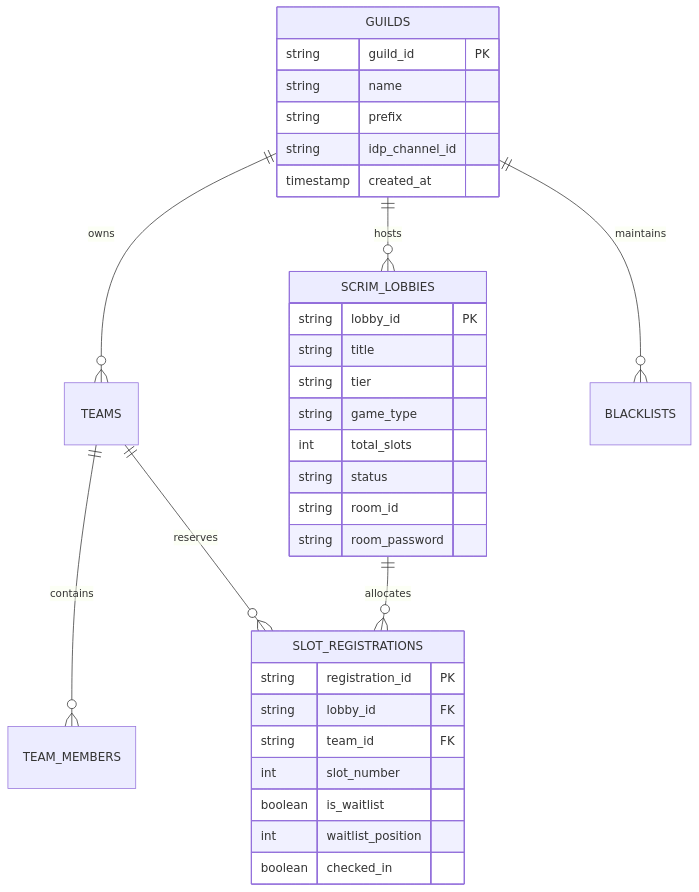
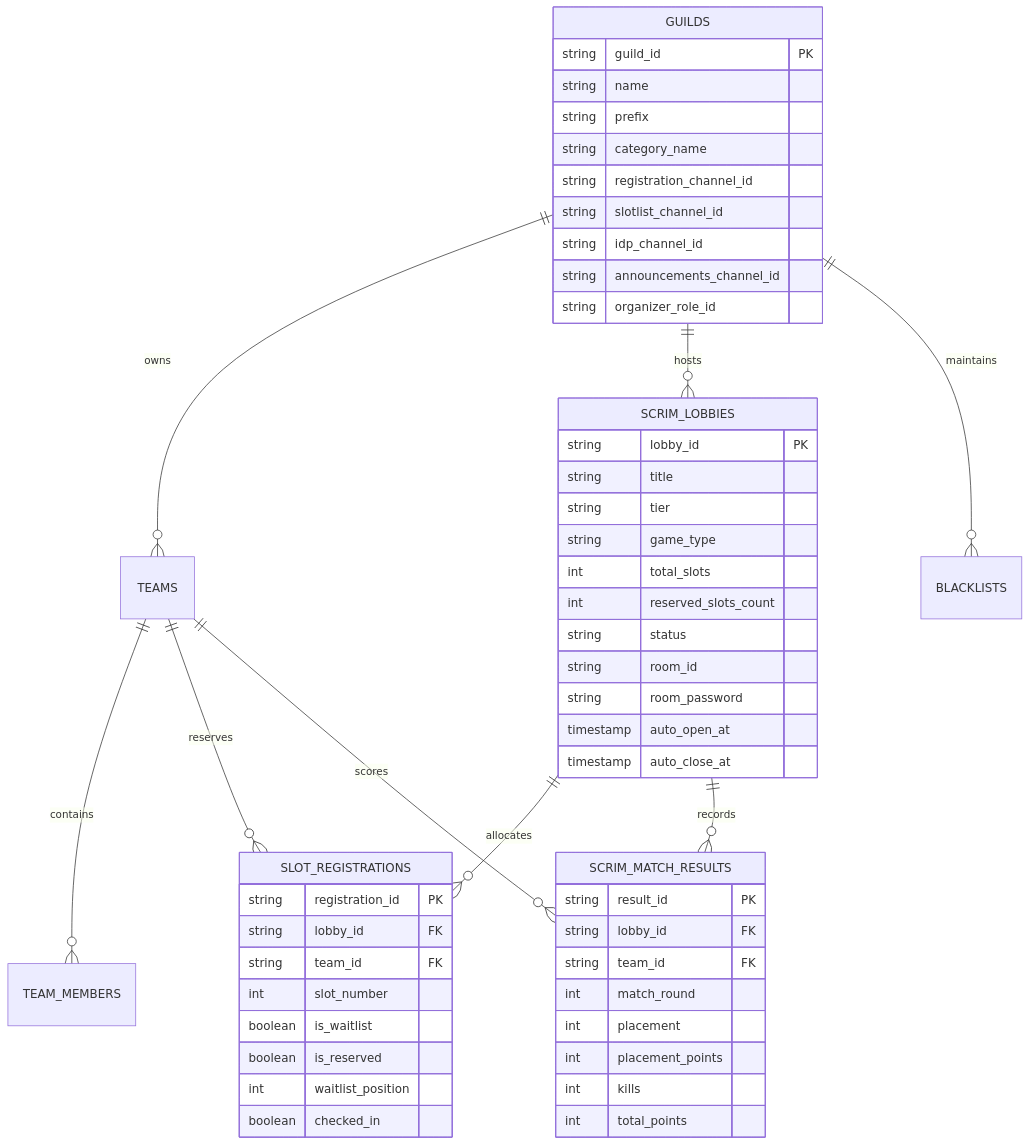
One commit to Crystal-Studio-Labs/Crystal-Scrims-Manager changed the diagram in README.md. Above: the diagram before and after it, drawn with Mermaid. The commit also changed other lines of this file and 18 other files, not shown here.

Commit message:
feat: complete master suite for Crystal Scrims Manager with auto-structure, ephemeral IDP, outcome announcements, points table, and scheduler

````diff
--- a/README.md
+++ b/README.md
@@ -38,38 +49,59 @@
 ```mermaid
 erDiagram
     GUILDS ||--o{ TEAMS : owns
     GUILDS ||--o{ SCRIM_LOBBIES : hosts
     GUILDS ||--o{ BLACKLISTS : maintains
     TEAMS ||--o{ TEAM_MEMBERS : contains
     SCRIM_LOBBIES ||--o{ SLOT_REGISTRATIONS : allocates
     TEAMS ||--o{ SLOT_REGISTRATIONS : reserves
+    SCRIM_LOBBIES ||--o{ SCRIM_MATCH_RESULTS : records
+    TEAMS ||--o{ SCRIM_MATCH_RESULTS : scores
 
     GUILDS {
         string guild_id PK
         string name
         string prefix
+        string category_name
+        string registration_channel_id
+        string slotlist_channel_id
         string idp_channel_id
-        timestamp created_at
+        string announcements_channel_id
+        string organizer_role_id
     }
 
     SCRIM_LOBBIES {
         string lobby_id PK
         string title
         string tier
         string game_type
         int total_slots
+        int reserved_slots_count
         string status
         string room_id
         string room_password
+        timestamp auto_open_at
+        timestamp auto_close_at
     }
 
     SLOT_REGISTRATIONS {
         string registration_id PK
         string lobby_id FK
         string team_id FK
         int slot_number
         boolean is_waitlist
+        boolean is_reserved
         int waitlist_position
         boolean checked_in
     }
+
+    SCRIM_MATCH_RESULTS {
+        string result_id PK
+        string lobby_id FK
+        string team_id FK
+        int match_round
+        int placement
+        int placement_points
+        int kills
+        int total_points
+    }
 ```
````
